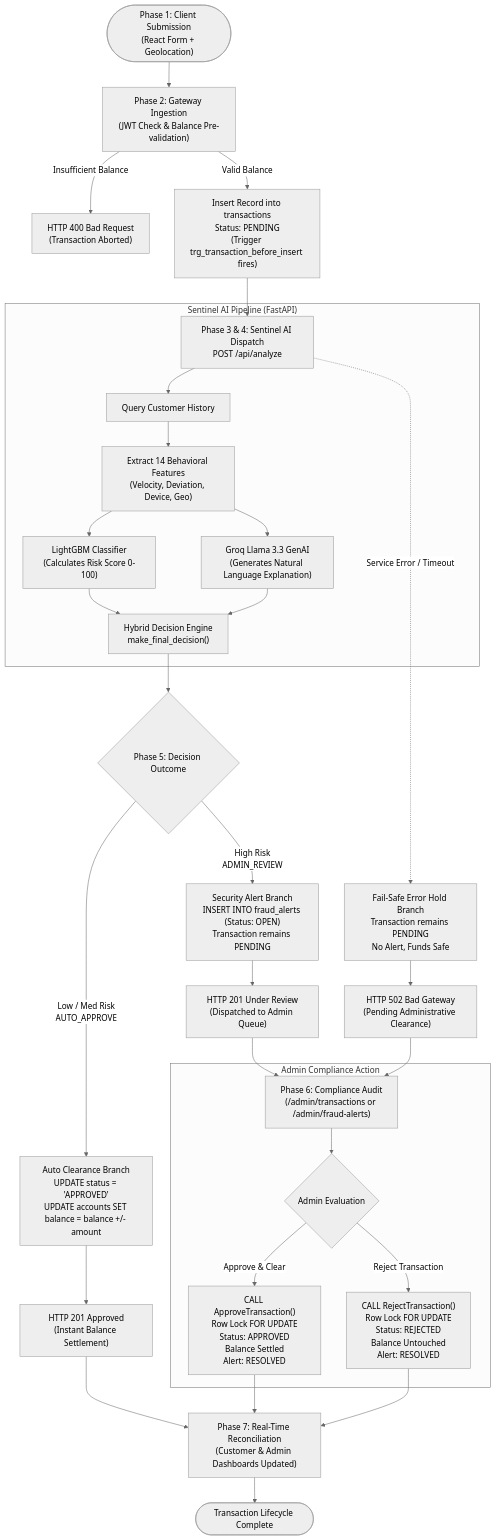
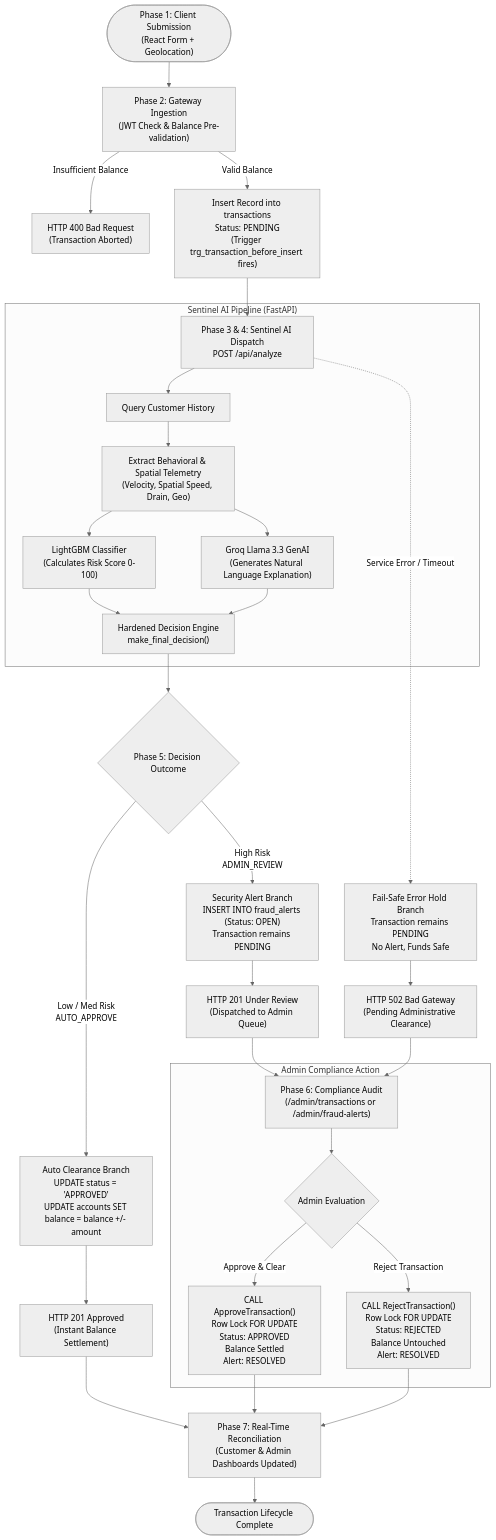
The third of 4 diagrams in TRUSTPAY_FULL_PROJECT_REPORT.md (raghav12344/TrustPay), drawn with Mermaid (neutral theme) before and after one commit. The commit also changed other lines of this file and 11 other files, not shown here.

````diff
--- a/TRUSTPAY_FULL_PROJECT_REPORT.md
+++ b/TRUSTPAY_FULL_PROJECT_REPORT.md
@@ -536,43 +576,43 @@
 ```mermaid
 flowchart TD
     Start(["Phase 1: Client Submission\n(React Form + Geolocation)"]) --> AuthValidate["Phase 2: Gateway Ingestion\n(JWT Check & Balance Pre-validation)"]
     
     AuthValidate -->|Insufficient Balance| FailBalance["HTTP 400 Bad Request\n(Transaction Aborted)"]
     AuthValidate -->|Valid Balance| InsertPending["Insert Record into transactions\nStatus: PENDING\n(Trigger trg_transaction_before_insert fires)"]
     
     InsertPending --> MLDispatch["Phase 3 & 4: Sentinel AI Dispatch\nPOST /api/analyze"]
     
     subgraph SentinelEngine["Sentinel AI Pipeline (FastAPI)"]
         MLDispatch --> FetchHistory["Query Customer History"]
-        FetchHistory --> FeatEng["Extract 14 Behavioral Features\n(Velocity, Deviation, Device, Geo)"]
+        FetchHistory --> FeatEng["Extract Behavioral & Spatial Telemetry\n(Velocity, Spatial Speed, Drain, Geo)"]
         FeatEng --> LightGBM["LightGBM Classifier\n(Calculates Risk Score 0-100)"]
         FeatEng --> GroqGenAI["Groq Llama 3.3 GenAI\n(Generates Natural Language Explanation)"]
-        LightGBM --> DecisionEngine["Hybrid Decision Engine\nmake_final_decision()"]
+        LightGBM --> DecisionEngine["Hardened Decision Engine\nmake_final_decision()"]
         GroqGenAI --> DecisionEngine
     end
     
     DecisionEngine --> OutcomeBranch{"Phase 5: Decision Outcome"}
     
     OutcomeBranch -->|Low / Med Risk\nAUTO_APPROVE| PathApproved["Auto Clearance Branch\nUPDATE status = 'APPROVED'\nUPDATE accounts SET balance = balance +/- amount"]
     OutcomeBranch -->|High Risk\nADMIN_REVIEW| PathFlagged["Security Alert Branch\nINSERT INTO fraud_alerts (Status: OPEN)\nTransaction remains PENDING"]
     MLDispatch -.->|Service Error / Timeout| PathErrorHold["Fail-Safe Error Hold Branch\nTransaction remains PENDING\nNo Alert, Funds Safe"]
     
     PathApproved --> ResponseApproved["HTTP 201 Approved\n(Instant Balance Settlement)"]
     PathFlagged --> ResponseFlagged["HTTP 201 Under Review\n(Dispatched to Admin Queue)"]
     PathErrorHold --> ResponseError["HTTP 502 Bad Gateway\n(Pending Administrative Clearance)"]
     
     ResponseFlagged --> AdminOversight["Phase 6: Compliance Audit\n(/admin/transactions or /admin/fraud-alerts)"]
     ResponseError --> AdminOversight
     
     subgraph AdminResolution["Admin Compliance Action"]
         AdminOversight --> AdminAction{"Admin Evaluation"}
         AdminAction -->|Approve & Clear| ExecApprove["CALL ApproveTransaction()\nRow Lock FOR UPDATE\nStatus: APPROVED\nBalance Settled\nAlert: RESOLVED"]
         AdminAction -->|Reject Transaction| ExecReject["CALL RejectTransaction()\nRow Lock FOR UPDATE\nStatus: REJECTED\nBalance Untouched\nAlert: RESOLVED"]
     end
     
     ExecApprove --> Phase7["Phase 7: Real-Time Reconciliation\n(Customer & Admin Dashboards Updated)"]
     ExecReject --> Phase7
     ResponseApproved --> Phase7
     
     Phase7 --> EndNode(["Transaction Lifecycle Complete"])
 ```
````
